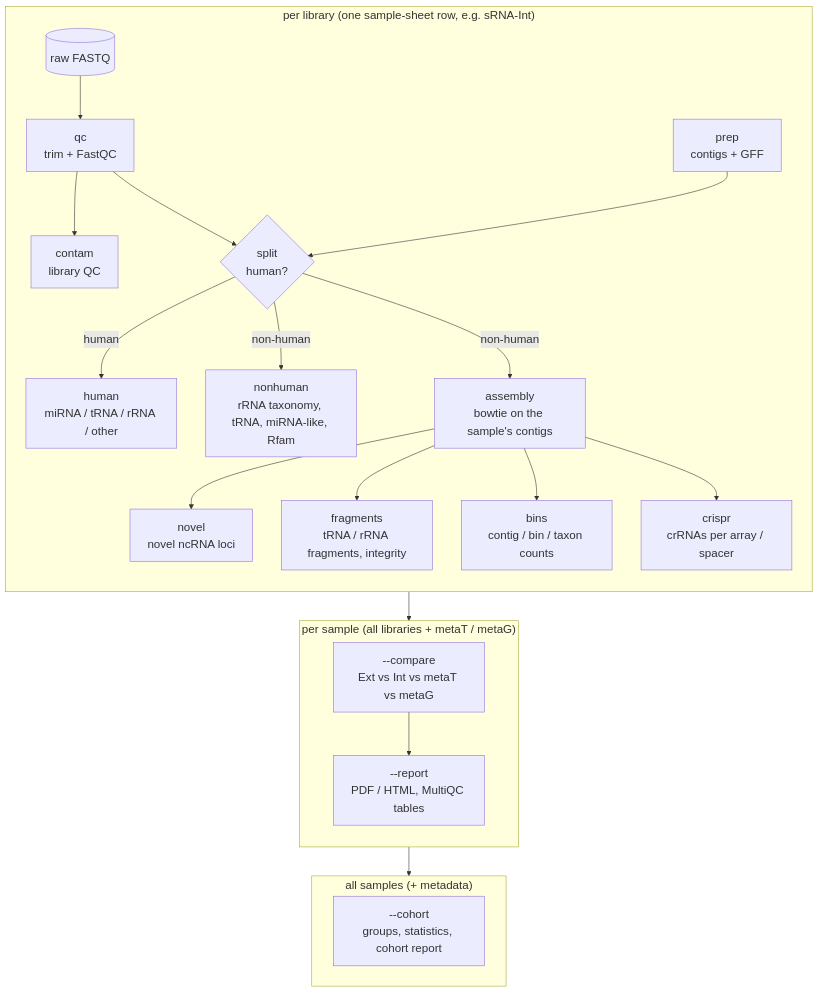
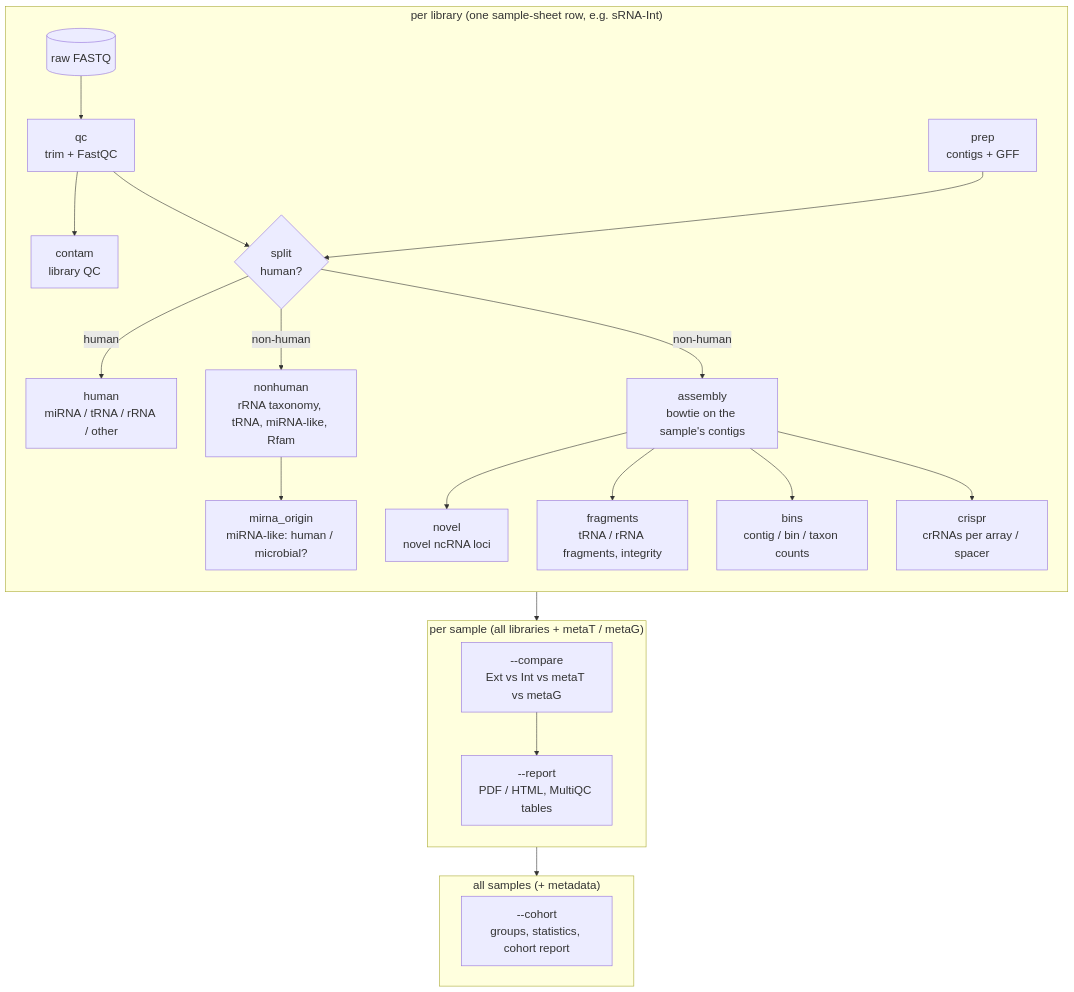
The diagram in docs/index.md (genomeanalysislcsb/sRNA-IMP), drawn with Mermaid before and after one commit. The commit also changed 15 other files, not shown here.

````diff
--- a/docs/index.md
+++ b/docs/index.md
@@ -10,26 +10,27 @@
 ```mermaid
 %%{init: {"themeVariables": {"fontSize": "20px"}}}%%
 flowchart TD
   subgraph row["per library (one sample-sheet row, e.g. sRNA-Int)"]
     direction TB
     raw[("raw FASTQ")] --> qc["qc<br/>trim + FastQC"]
     qc --> contam["contam<br/>library QC"]
     qc --> split{"split<br/>human?"}
     prep["prep<br/>contigs + GFF"] --> split
     split -- human --> human["human<br/>miRNA / tRNA / rRNA / other"]
     split -- non-human --> nonhuman["nonhuman<br/>rRNA taxonomy, tRNA, miRNA-like, Rfam"]
+    nonhuman --> mirna_origin["mirna_origin<br/>miRNA-like: human / microbial?"]
     split -- non-human --> assembly["assembly<br/>bowtie on the sample's contigs"]
     assembly --> novel["novel<br/>novel ncRNA loci"]
     assembly --> fragments["fragments<br/>tRNA / rRNA fragments, integrity"]
     assembly --> bins["bins<br/>contig / bin / taxon counts"]
     assembly --> crispr["crispr<br/>crRNAs per array / spacer"]
   end
   subgraph sample["per sample (all libraries + metaT / metaG)"]
     direction TB
     compare["--compare<br/>Ext vs Int vs metaT vs metaG"] --> report["--report<br/>PDF / HTML, MultiQC tables"]
   end
   subgraph cohort["all samples (+ metadata)"]
     coh["--cohort<br/>groups, statistics, cohort report"]
   end
   row --> sample --> cohort
 ```
````
